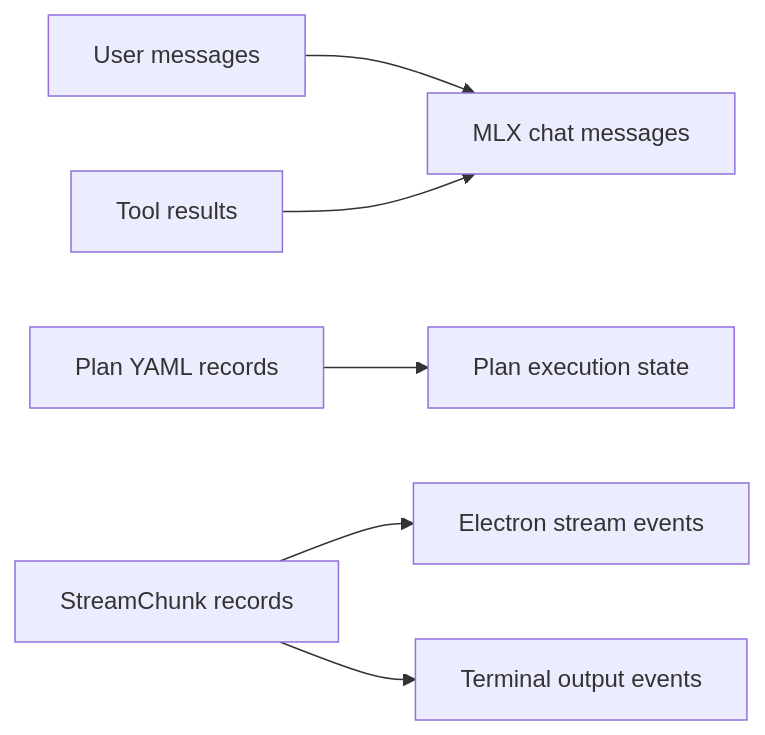
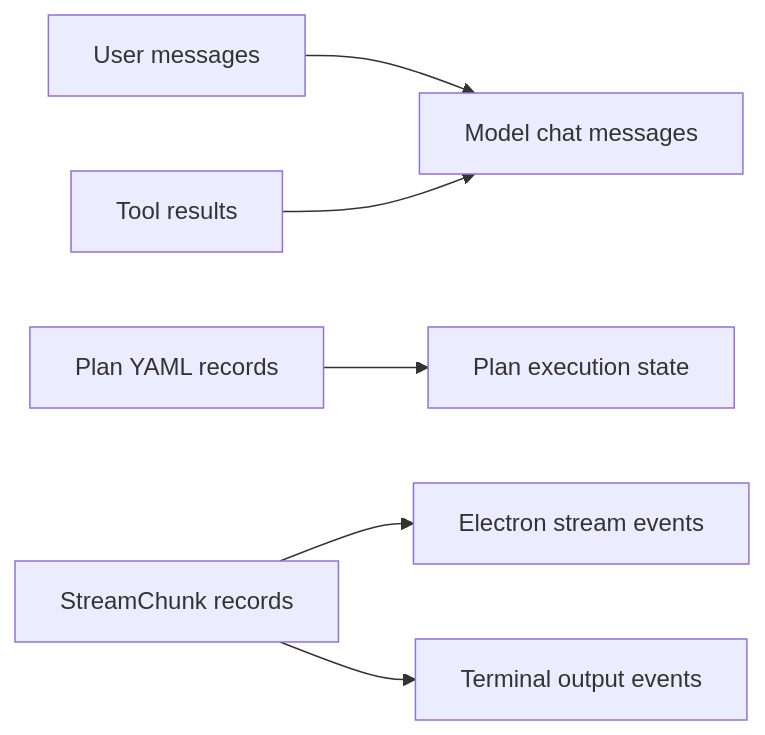
Before and after one commit to martinbechard/gemma_code: the second of 9 diagrams in docs/wiki/subsystems/agent-harness.md, drawn with Mermaid. The commit also changed other lines of this file and 33 other files, not shown here.

````diff
--- a/docs/wiki/subsystems/agent-harness.md
+++ b/docs/wiki/subsystems/agent-harness.md
@@ -87,8 +87,8 @@
 ```mermaid
 flowchart LR
-  UserMessages["User messages"] --> MlxMessages["MLX chat messages"]
+  UserMessages["User messages"] --> MlxMessages["Model chat messages"]
   ToolResults["Tool results"] --> MlxMessages
   PlanYaml["Plan YAML records"] --> PlanExecutionState["Plan execution state"]
   StreamChunk["StreamChunk records"] --> ElectronEvents["Electron stream events"]
   StreamChunk --> TerminalEvents["Terminal output events"]
 ```
````
